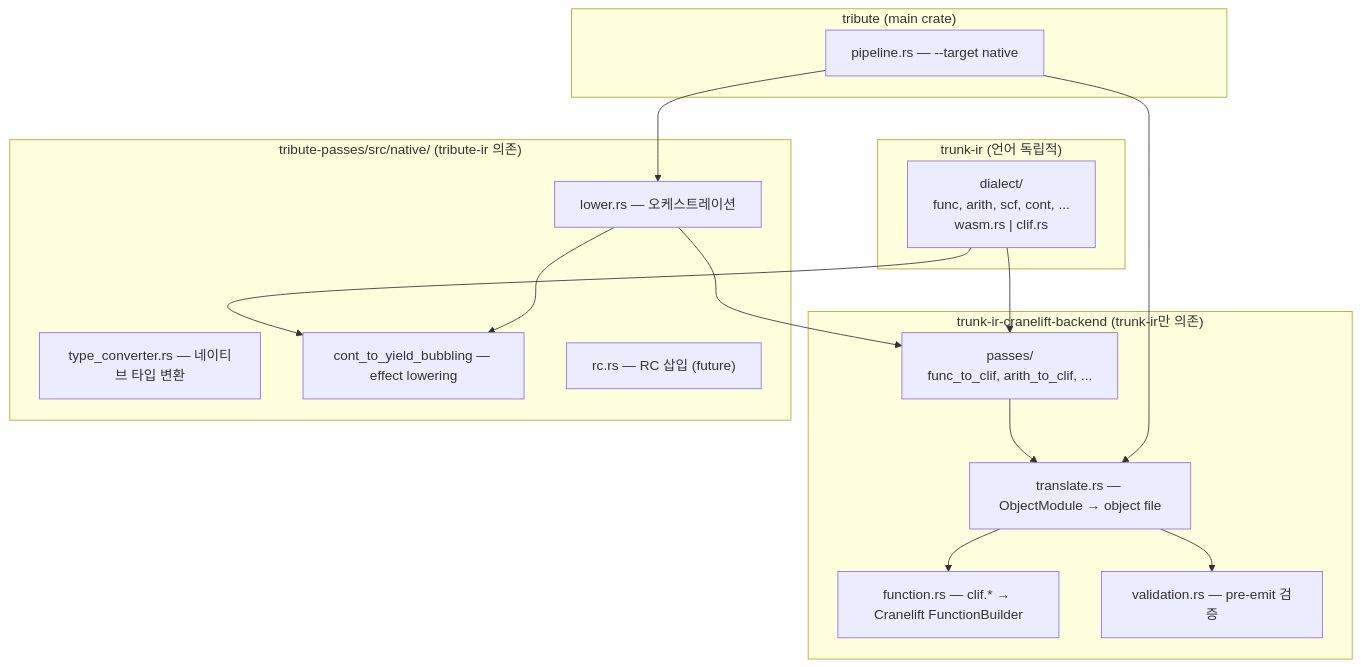
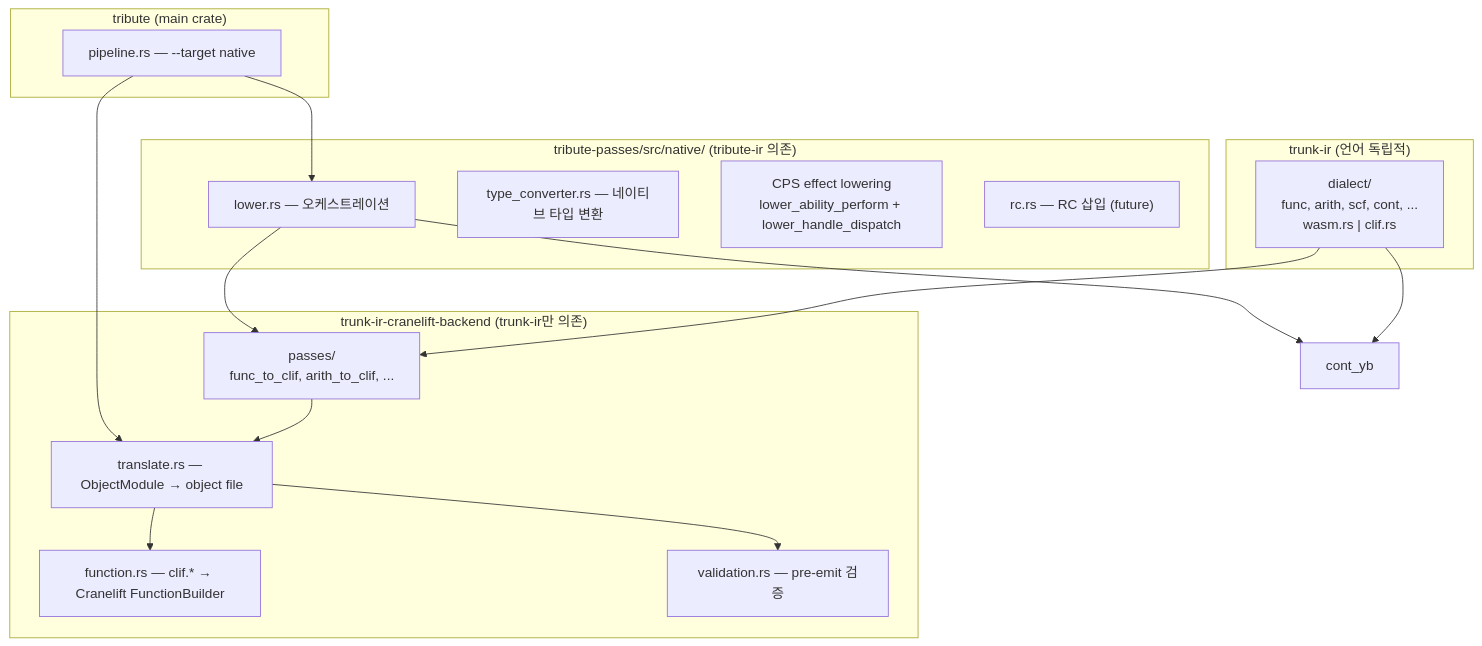
The first of 2 diagrams in new-plans/cranelift-backend.md (Kroisse/tribute), drawn with Mermaid before and after one commit. The commit also changed other lines of this file and 20 other files, not shown here.

First line of the commit message:
refactor(tribute-passes): remove cont_to_yield_bubbling and dead code after CPS transition

````diff
--- a/new-plans/cranelift-backend.md
+++ b/new-plans/cranelift-backend.md
@@ -19,34 +19,34 @@
 ```mermaid
 graph TD
     subgraph "trunk-ir (언어 독립적)"
         dialects["dialect/\nfunc, arith, scf, cont, ...\nwasm.rs | clif.rs"]
     end
 
     subgraph "trunk-ir-cranelift-backend (trunk-ir만 의존)"
         translate["translate.rs — ObjectModule → object file"]
         function["function.rs — clif.* → Cranelift FunctionBuilder"]
         validation["validation.rs — pre-emit 검증"]
         passes["passes/\nfunc_to_clif, arith_to_clif, ..."]
     end
 
     subgraph "tribute-passes/src/native/ (tribute-ir 의존)"
         lower["lower.rs — 오케스트레이션"]
         type_conv["type_converter.rs — 네이티브 타입 변환"]
-        cont_yb["cont_to_yield_bubbling — effect lowering"]
+        cps["CPS effect lowering\nlower_ability_perform + lower_handle_dispatch"]
         rc["rc.rs — RC 삽입 (future)"]
     end
 
     subgraph "tribute (main crate)"
         pipeline["pipeline.rs — --target native"]
     end
 
     dialects --> passes
     dialects --> cont_yb
     passes --> translate
     translate --> function
     translate --> validation
     lower --> passes
     lower --> cont_yb
     pipeline --> lower
     pipeline --> translate
 ```
````
